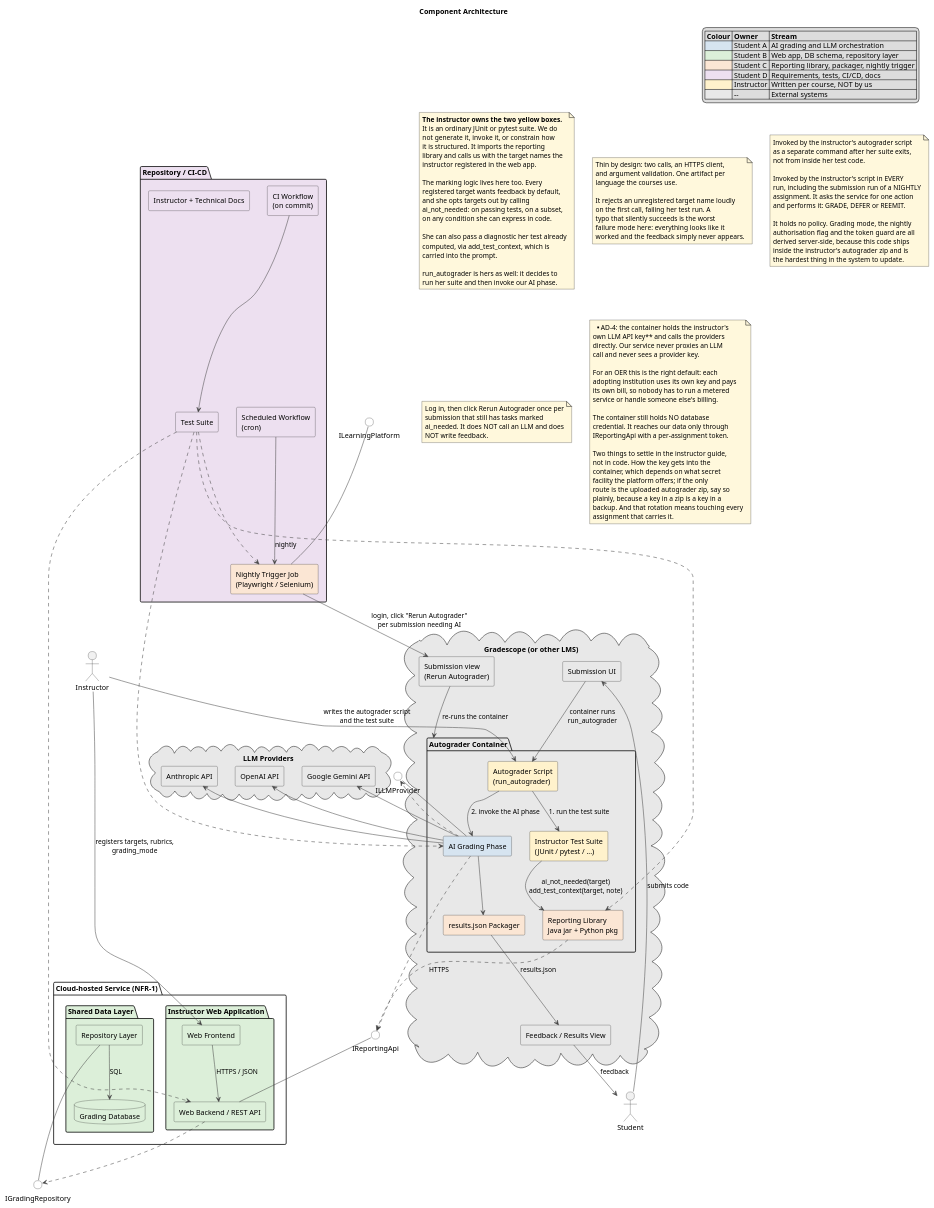
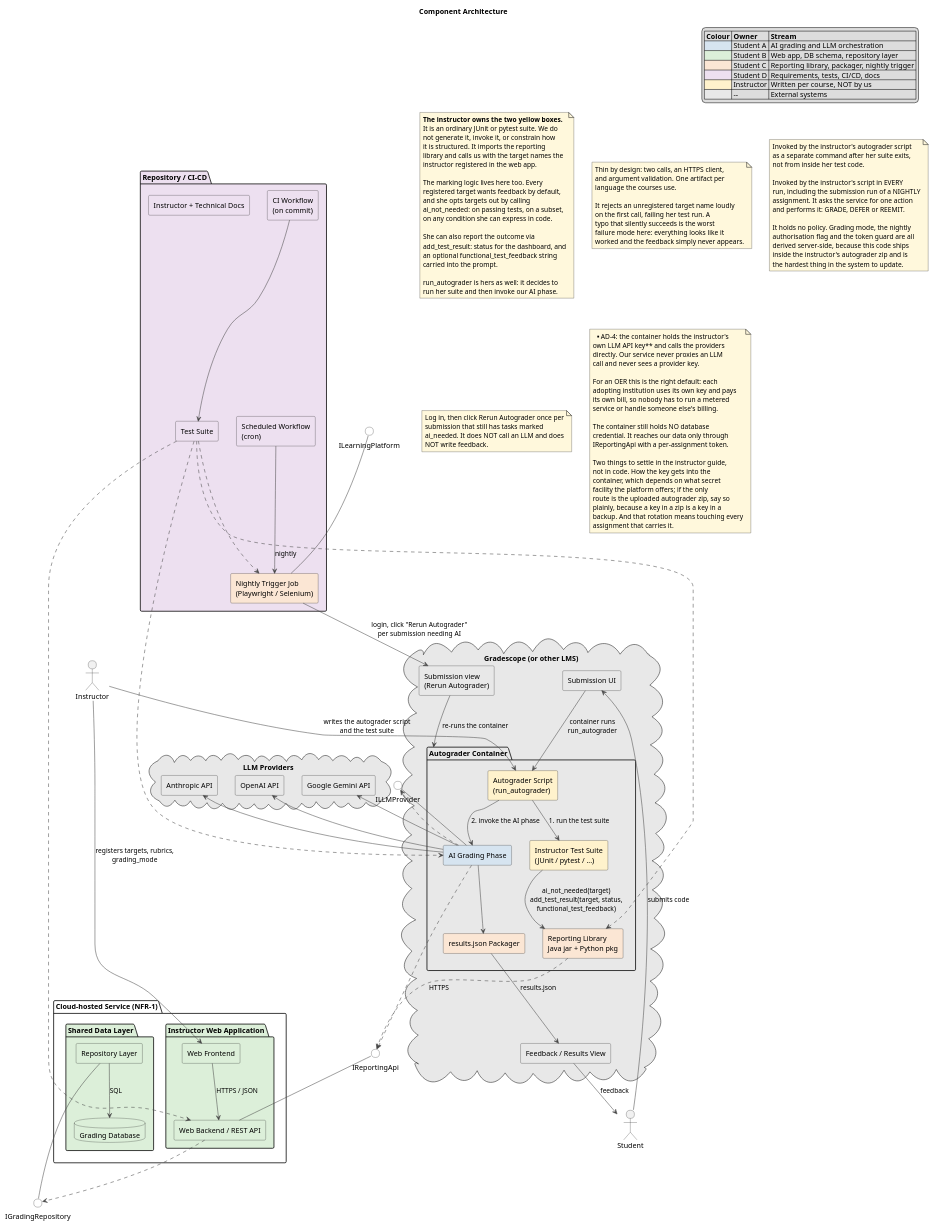
Before and after one commit to AI-Assisted-Autograder/ai-assisted-autograder: the diagram in docs/architecture/01-component.puml, drawn with PlantUML. The commit also changed 8 other files, not shown here.

```diff
--- a/docs/architecture/01-component.puml
+++ b/docs/architecture/01-component.puml
@@ -117,7 +117,7 @@
 script --> tests_i : 1. run the test suite
 script --> aigrade : 2. invoke the AI phase
 
-tests_i --> wrapper : ai_not_needed(target)\nadd_test_context(target, note)
+tests_i --> wrapper : ai_not_needed(target)\nadd_test_result(target, status,\nfunctional_test_feedback)
 wrapper ..> IReport : HTTPS
 
 aigrade --> packager
@@ -154,8 +154,9 @@
   ai_not_needed: on passing tests, on a subset,
   on any condition she can express in code.
 
-  She can also pass a diagnostic her test already
-  computed, via add_test_context, which is
+  She can also report the outcome via
+  add_test_result: status for the dashboard, and
+  an optional functional_test_feedback string
   carried into the prompt.
 
   run_autograder is hers as well: it decides to
```
